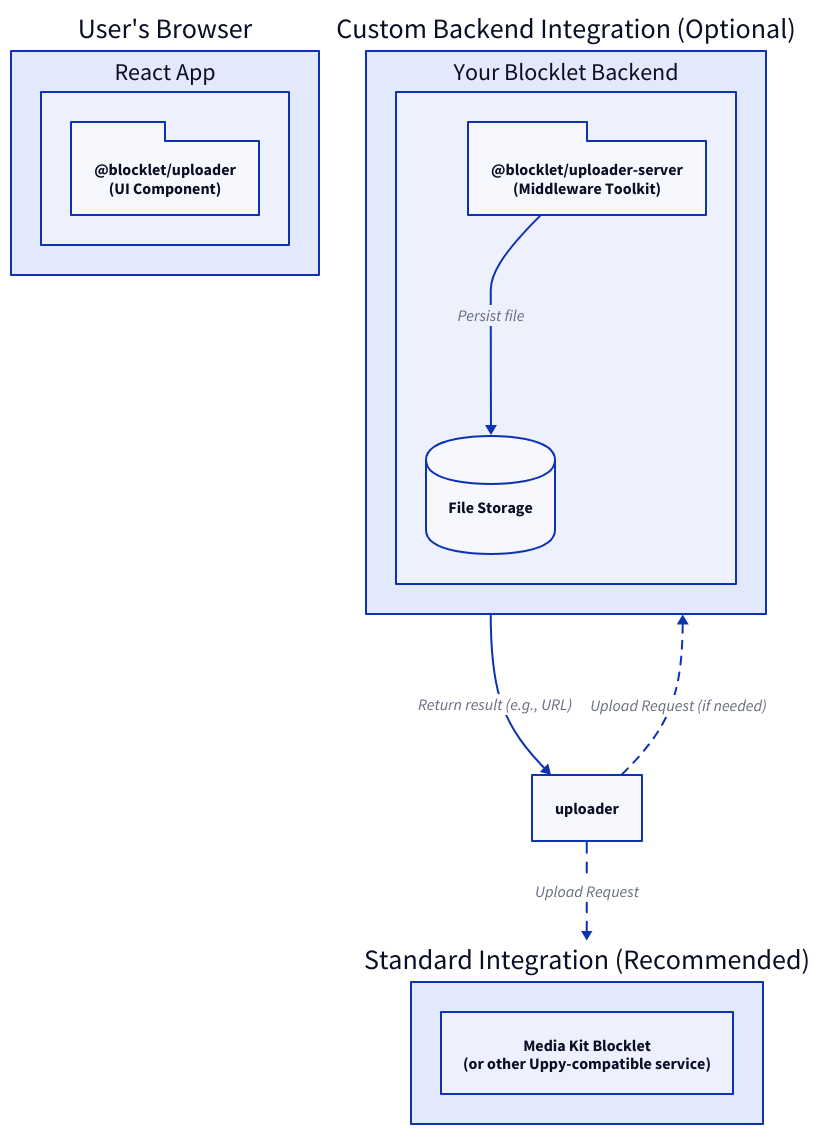
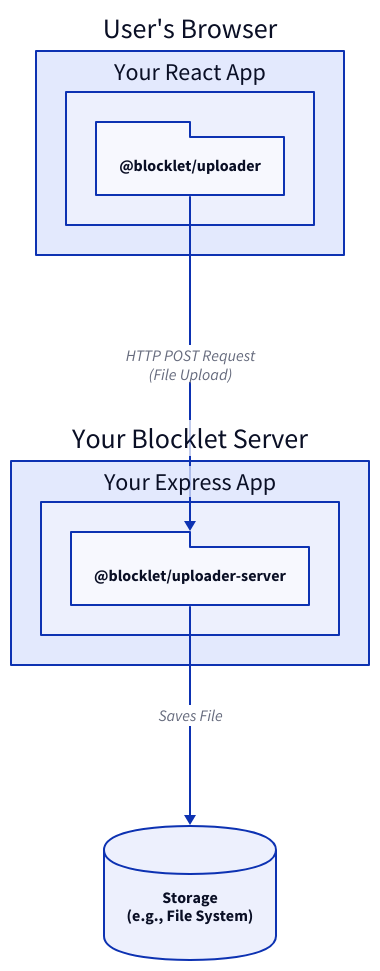
The diagram in .aigne/doc-smith/docs/overview.md (blocklet/media-kit), drawn with D2 before and after one commit. The commit also changed other lines of this file and 26 other files, not shown here.

````diff
--- a/.aigne/doc-smith/docs/overview.md
+++ b/.aigne/doc-smith/docs/overview.md
@@ -8,42 +16,41 @@
 ```d2
 direction: down
 
-"User's Browser" {
-  "React App" {
-    uploader: "@blocklet/uploader\n(UI Component)" {
+"User-Browser": {
+  label: "User's Browser"
+  shape: rectangle
+
+  "React-App": {
+    label: "Your React App"
+    shape: rectangle
+
+    "Uploader-Component": {
+      label: "@blocklet/uploader"
       shape: package
     }
   }
 }
 
-"Standard Integration (Recommended)" {
-  "Media Kit Blocklet\n(or other Uppy-compatible service)"
-}
+"Blocklet-Server": {
+  label: "Your Blocklet Server"
+  shape: rectangle
 
-"Custom Backend Integration (Optional)" {
-  "Your Blocklet Backend" {
-    server: "@blocklet/uploader-server\n(Middleware Toolkit)" {
+  "Express-App": {
+    label: "Your Express App"
+    shape: rectangle
+
+    "Uploader-Middleware": {
+      label: "@blocklet/uploader-server"
       shape: package
     }
-    "File Storage" {
-      shape: cylinder
-    }
-    server -> "File Storage": "Persist file"
   }
 }
 
-uploader -> "Standard Integration (Recommended)": "Upload Request" {
-  style {
-    animated: true
-  }
+"File-System": {
+  label: "Storage\n(e.g., File System)"
+  shape: cylinder
 }
 
-uploader -> "Custom Backend Integration (Optional)": "Upload Request (if needed)" {
-  style {
-    animated: true
-    stroke-dash: 4
-  }
-}
-
-"Custom Backend Integration (Optional)" -> uploader: "Return result (e.g., URL)"
+User-Browser.React-App.Uploader-Component -> Blocklet-Server.Express-App.Uploader-Middleware: "HTTP POST Request\n(File Upload)"
+Blocklet-Server.Express-App.Uploader-Middleware -> "File-System": "Saves File"
 ```
````
